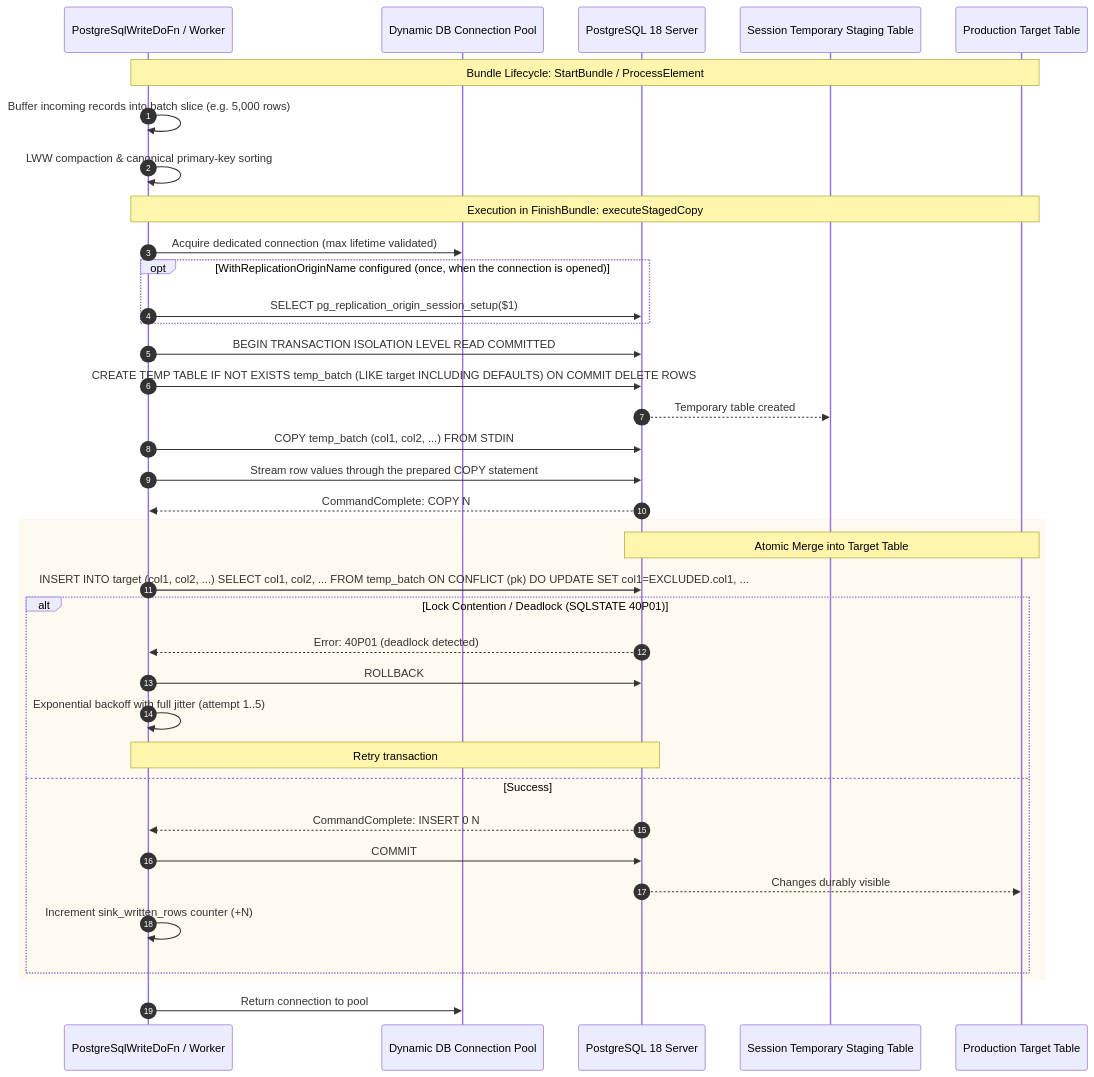
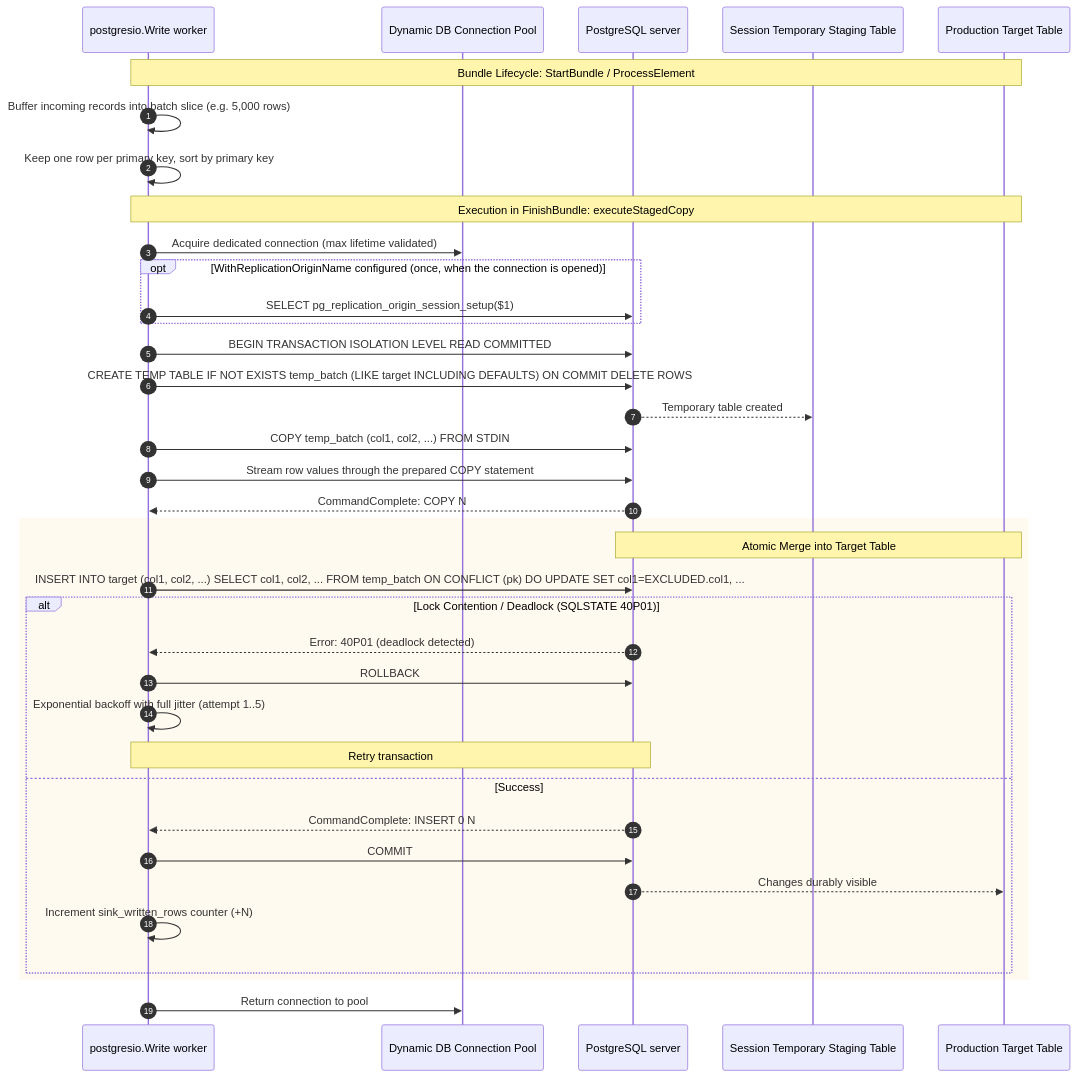
Before and after one commit to apache/beam: the diagram in sdks/go/pkg/beam/io/postgresio/README.md, drawn with Mermaid. The commit also changed other lines of this file and 4 other files, not shown here.

````diff
--- a/sdks/go/pkg/beam/io/postgresio/README.md
+++ b/sdks/go/pkg/beam/io/postgresio/README.md
@@ -82,46 +67,46 @@
 ```mermaid
 sequenceDiagram
     autonumber
-    participant DoFn as PostgreSqlWriteDoFn / Worker
+    participant DoFn as postgresio.Write worker
     participant Pool as Dynamic DB Connection Pool
-    participant PG as PostgreSQL 18 Server
+    participant PG as PostgreSQL server
     participant Temp as Session Temporary Staging Table
     participant Target as Production Target Table
 
     Note over DoFn,Target: Bundle Lifecycle: StartBundle / ProcessElement
     DoFn->>DoFn: Buffer incoming records into batch slice (e.g. 5,000 rows)
-    DoFn->>DoFn: LWW compaction & canonical primary-key sorting
+    DoFn->>DoFn: Keep one row per primary key, sort by primary key
 
     Note over DoFn,Target: Execution in FinishBundle: executeStagedCopy
     DoFn->>Pool: Acquire dedicated connection (max lifetime validated)
 
     opt WithReplicationOriginName configured (once, when the connection is opened)
         DoFn->>PG: SELECT pg_replication_origin_session_setup($1)
     end
 
     DoFn->>PG: BEGIN TRANSACTION ISOLATION LEVEL READ COMMITTED
 
     DoFn->>PG: CREATE TEMP TABLE IF NOT EXISTS temp_batch (LIKE target INCLUDING DEFAULTS) ON COMMIT DELETE ROWS
     PG-->>Temp: Temporary table created
 
     DoFn->>PG: COPY temp_batch (col1, col2, ...) FROM STDIN
     DoFn->>PG: Stream row values through the prepared COPY statement
     PG-->>DoFn: CommandComplete: COPY N
 
     rect rgb(255, 250, 240)
         Note over PG,Target: Atomic Merge into Target Table
         DoFn->>PG: INSERT INTO target (col1, col2, ...) SELECT col1, col2, ... FROM temp_batch ON CONFLICT (pk) DO UPDATE SET col1=EXCLUDED.col1, ...
         alt Lock Contention / Deadlock (SQLSTATE 40P01)
             PG-->>DoFn: Error: 40P01 (deadlock detected)
             DoFn->>PG: ROLLBACK
             DoFn->>DoFn: Exponential backoff with full jitter (attempt 1..5)
             Note over DoFn,PG: Retry transaction
         else Success
             PG-->>DoFn: CommandComplete: INSERT 0 N
             DoFn->>PG: COMMIT
             PG-->>Target: Changes durably visible
             DoFn->>DoFn: Increment sink_written_rows counter (+N)
         end
     end
     DoFn->>Pool: Return connection to pool
 ```
````
